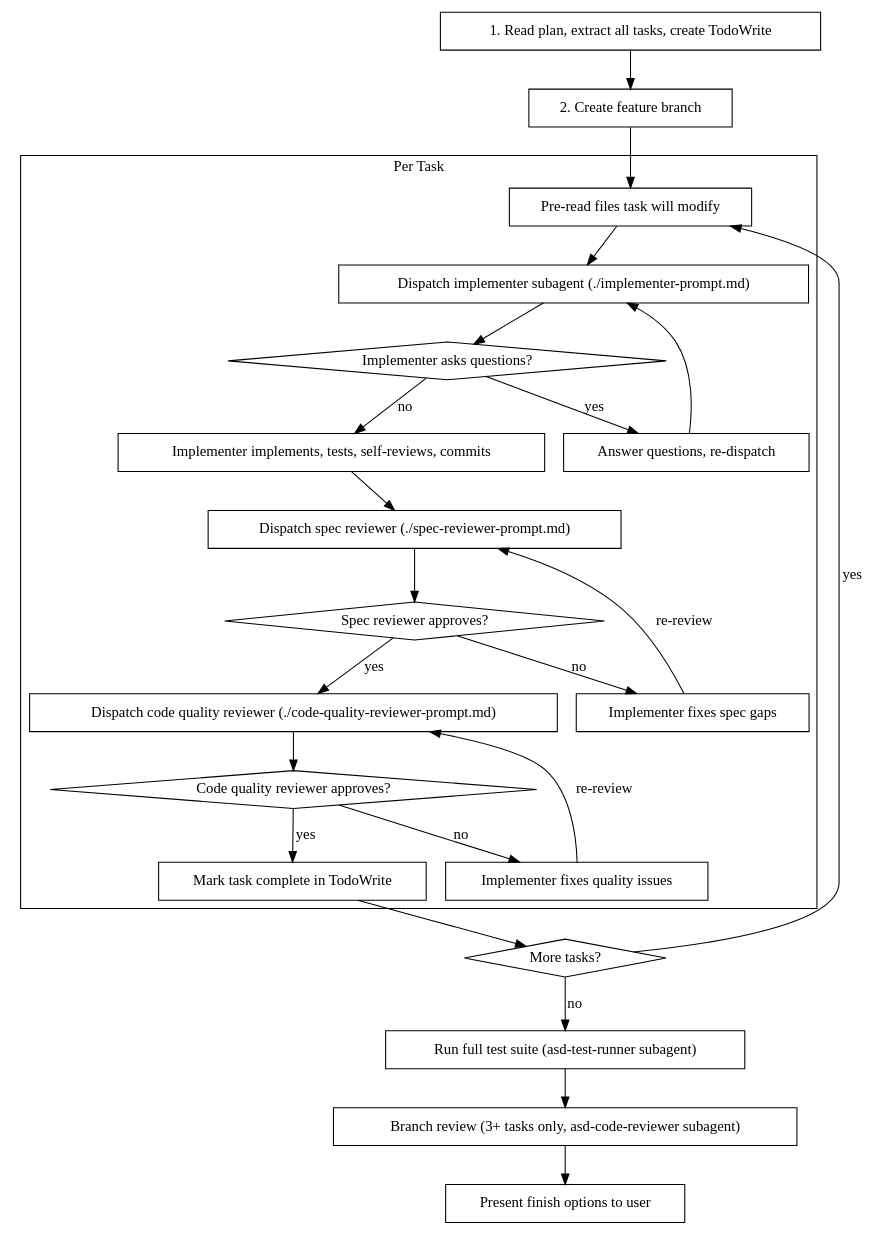
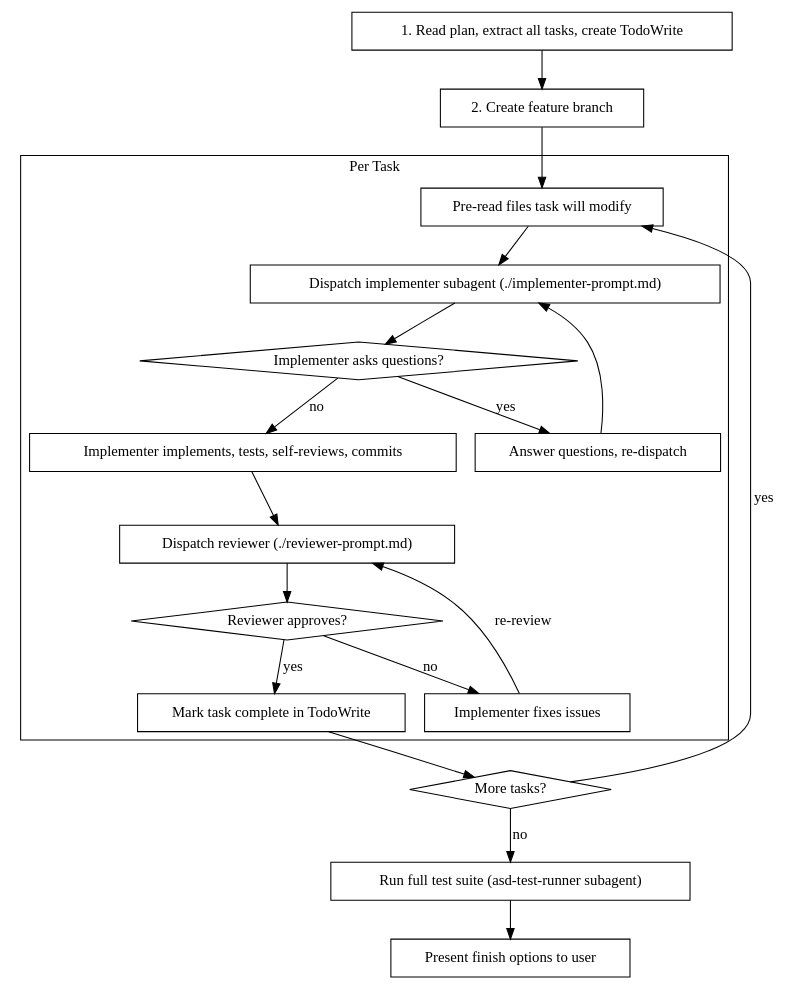
One commit to viminizer/asd changed the diagram in skills/execution-checkpoints/SKILL.md. Above: the diagram before and after it, drawn with Graphviz. The commit also changed other lines of this file and 5 other files, not shown here.

First line of the commit message:
Simplify execution-checkpoints for speed: single review, no branch review

````diff
--- a/skills/execution-checkpoints/SKILL.md
+++ b/skills/execution-checkpoints/SKILL.md
@@ -21,51 +21,42 @@
 ```dot
 digraph process {
     rankdir=TB;
 
     "1. Read plan, extract all tasks, create TodoWrite" [shape=box];
     "2. Create feature branch" [shape=box];
 
     subgraph cluster_per_task {
         label="Per Task";
         "Pre-read files task will modify" [shape=box];
         "Dispatch implementer subagent (./implementer-prompt.md)" [shape=box];
         "Implementer asks questions?" [shape=diamond];
         "Answer questions, re-dispatch" [shape=box];
         "Implementer implements, tests, self-reviews, commits" [shape=box];
-        "Dispatch spec reviewer (./spec-reviewer-prompt.md)" [shape=box];
-        "Spec reviewer approves?" [shape=diamond];
-        "Implementer fixes spec gaps" [shape=box];
-        "Dispatch code quality reviewer (./code-quality-reviewer-prompt.md)" [shape=box];
-        "Code quality reviewer approves?" [shape=diamond];
-        "Implementer fixes quality issues" [shape=box];
+        "Dispatch reviewer (./reviewer-prompt.md)" [shape=box];
+        "Reviewer approves?" [shape=diamond];
+        "Implementer fixes issues" [shape=box];
         "Mark task complete in TodoWrite" [shape=box];
     }
 
     "More tasks?" [shape=diamond];
     "Run full test suite (asd-test-runner subagent)" [shape=box];
-    "Branch review (3+ tasks only, asd-code-reviewer subagent)" [shape=box];
     "Present finish options to user" [shape=box];
 
     "1. Read plan, extract all tasks, create TodoWrite" -> "2. Create feature branch";
     "2. Create feature branch" -> "Pre-read files task will modify";
     "Pre-read files task will modify" -> "Dispatch implementer subagent (./implementer-prompt.md)";
     "Dispatch implementer subagent (./implementer-prompt.md)" -> "Implementer asks questions?";
     "Implementer asks questions?" -> "Answer questions, re-dispatch" [label="yes"];
     "Answer questions, re-dispatch" -> "Dispatch implementer subagent (./implementer-prompt.md)";
     "Implementer asks questions?" -> "Implementer implements, tests, self-reviews, commits" [label="no"];
-    "Implementer implements, tests, self-reviews, commits" -> "Dispatch spec reviewer (./spec-reviewer-prompt.md)";
-    "Dispatch spec reviewer (./spec-reviewer-prompt.md)" -> "Spec reviewer approves?";
-    "Spec reviewer approves?" -> "Implementer fixes spec gaps" [label="no"];
-    "Implementer fixes spec gaps" -> "Dispatch spec reviewer (./spec-reviewer-prompt.md)" [label="re-review"];
-    "Spec reviewer approves?" -> "Dispatch code quality reviewer (./code-quality-reviewer-prompt.md)" [label="yes"];
-    "Dispatch code quality reviewer (./code-quality-reviewer-prompt.md)" -> "Code quality reviewer approves?";
-    "Code quality reviewer approves?" -> "Implementer fixes quality issues" [label="no"];
-    "Implementer fixes quality issues" -> "Dispatch code quality reviewer (./code-quality-reviewer-prompt.md)" [label="re-review"];
-    "Code quality reviewer approves?" -> "Mark task complete in TodoWrite" [label="yes"];
+    "Implementer implements, tests, self-reviews, commits" -> "Dispatch reviewer (./reviewer-prompt.md)";
+    "Dispatch reviewer (./reviewer-prompt.md)" -> "Reviewer approves?";
+    "Reviewer approves?" -> "Implementer fixes issues" [label="no"];
+    "Implementer fixes issues" -> "Dispatch reviewer (./reviewer-prompt.md)" [label="re-review"];
+    "Reviewer approves?" -> "Mark task complete in TodoWrite" [label="yes"];
     "Mark task complete in TodoWrite" -> "More tasks?";
     "More tasks?" -> "Pre-read files task will modify" [label="yes"];
     "More tasks?" -> "Run full test suite (asd-test-runner subagent)" [label="no"];
-    "Run full test suite (asd-test-runner subagent)" -> "Branch review (3+ tasks only, asd-code-reviewer subagent)";
-    "Branch review (3+ tasks only, asd-code-reviewer subagent)" -> "Present finish options to user";
+    "Run full test suite (asd-test-runner subagent)" -> "Present finish options to user";
 }
 ```
````
